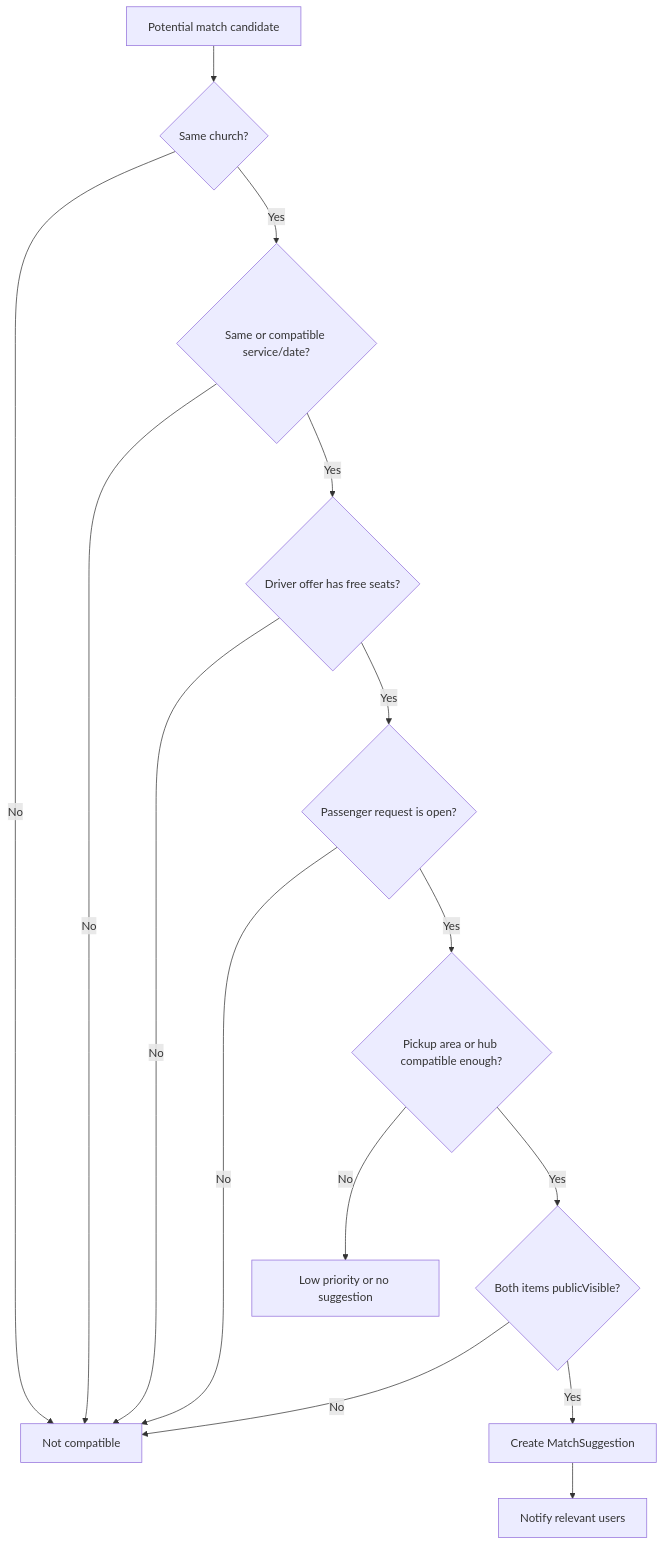
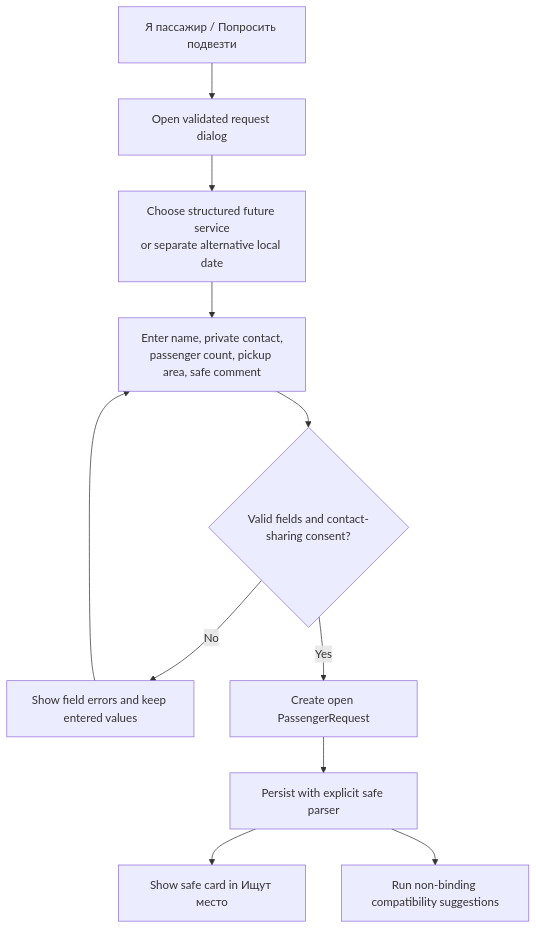
One commit to Agafanail/orthodox-routes changed diagram 11 of 18 in docs/PROJECT_MAP.md. Above: the diagram before and after it, drawn with Mermaid. The commit also changed other lines of this file and 37 other files, not shown here.

Commit message:
Complete RideMatch confirmation flows

````diff
--- a/docs/PROJECT_MAP.md
+++ b/docs/PROJECT_MAP.md
@@ -516,23 +285,13 @@
 ```mermaid
 flowchart TD
-    A["Potential match candidate"] --> B{"Same church?"}
-    B -->|No| X["Not compatible"]
-    B -->|Yes| C{"Same or compatible service/date?"}
-
-    C -->|No| X
-    C -->|Yes| D{"Driver offer has free seats?"}
-
-    D -->|No| X
-    D -->|Yes| E{"Passenger request is open?"}
-
-    E -->|No| X
-    E -->|Yes| F{"Pickup area or hub compatible enough?"}
-
-    F -->|No| Y["Low priority or no suggestion"]
-    F -->|Yes| G{"Both items publicVisible?"}
-
-    G -->|No| X
-    G -->|Yes| H["Create MatchSuggestion"]
-
-    H --> I["Notify relevant users"]
+    A["Я пассажир / Попросить подвезти"] --> B["Open validated request dialog"]
+    B --> C["Choose structured future service<br/>or separate alternative local date"]
+    C --> D["Enter name, private contact,<br/>passenger count, pickup area, safe comment"]
+    D --> E{"Valid fields and contact-sharing consent?"}
+    E -->|"No"| F["Show field errors and keep entered values"]
+    F --> D
+    E -->|"Yes"| G["Create open PassengerRequest"]
+    G --> H["Persist with explicit safe parser"]
+    H --> I["Show safe card in Ищут место"]
+    H --> J["Run non-binding compatibility suggestions"]
 ```
````
